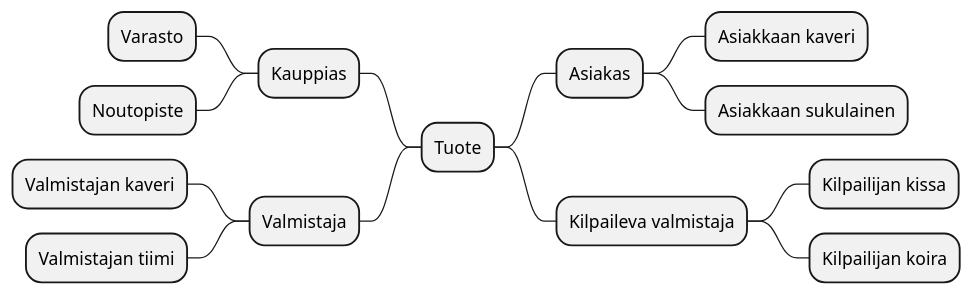
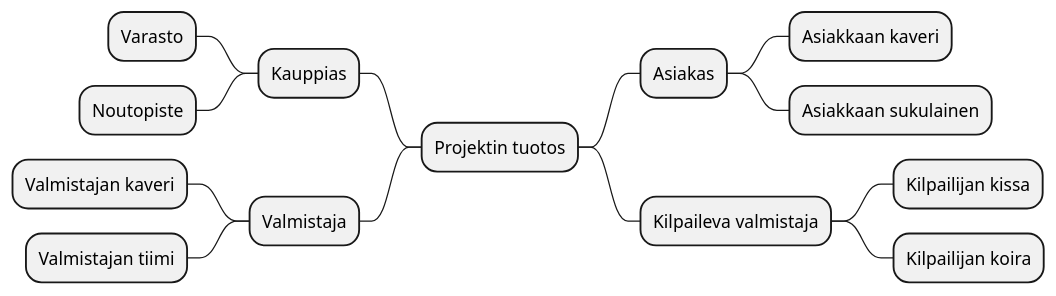
The second of 4 diagrams in dokumentit/20-Vaatimustenhallinta/vaatimusmaaritely-tiivis.md (ninaleo/ransut-core), drawn with PlantUML before and after one commit. The commit also changed other lines of this file, not shown here.

````diff
--- a/dokumentit/20-Vaatimustenhallinta/vaatimusmaaritely-tiivis.md
+++ b/dokumentit/20-Vaatimustenhallinta/vaatimusmaaritely-tiivis.md
@@ -65,18 +53,18 @@
 ```plantuml
 @startmindmap
-+ Tuote
++ Projektin tuotos
 ++ Asiakas
 +++ Asiakkaan kaveri
 +++ Asiakkaan sukulainen
 ++ Kilpaileva valmistaja
 +++ Kilpailijan kissa
 +++ Kilpailijan koira
 -- Kauppias
 --- Varasto
 --- Noutopiste
 -- Valmistaja
 --- Valmistajan kaveri
 --- Valmistajan tiimi
 
 @endmindmap
 ```
````
